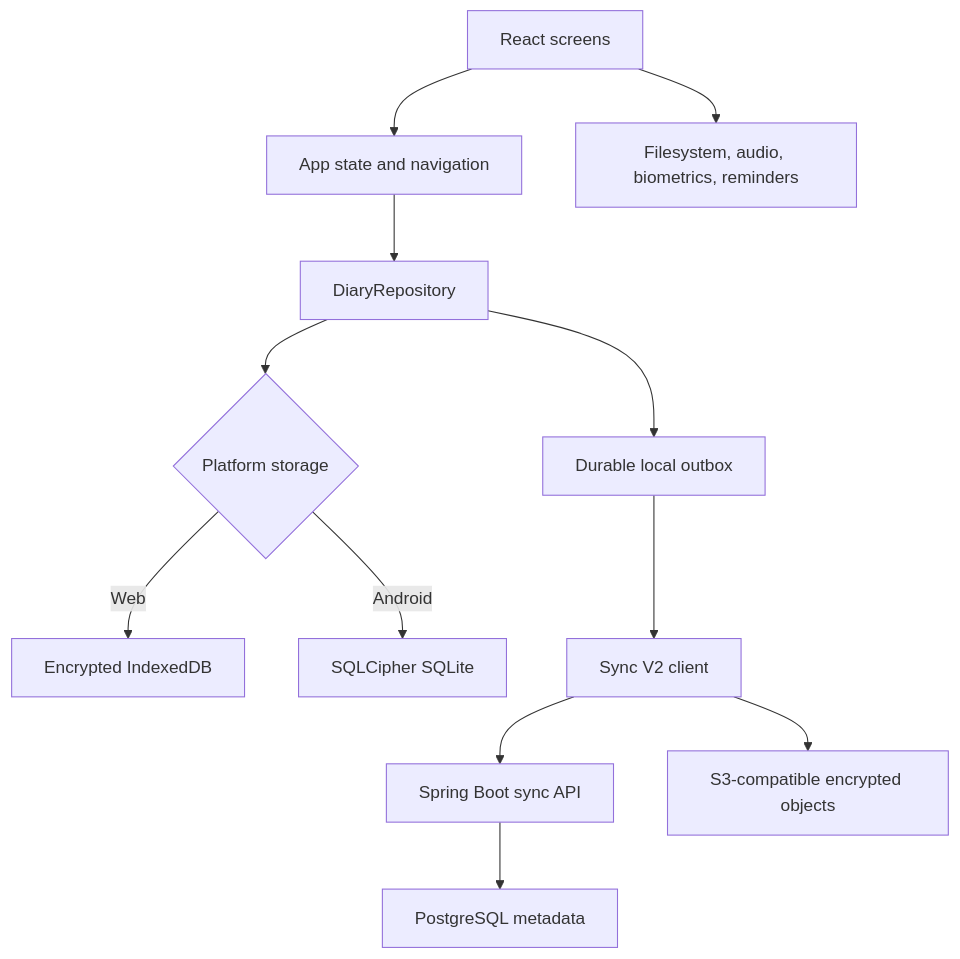
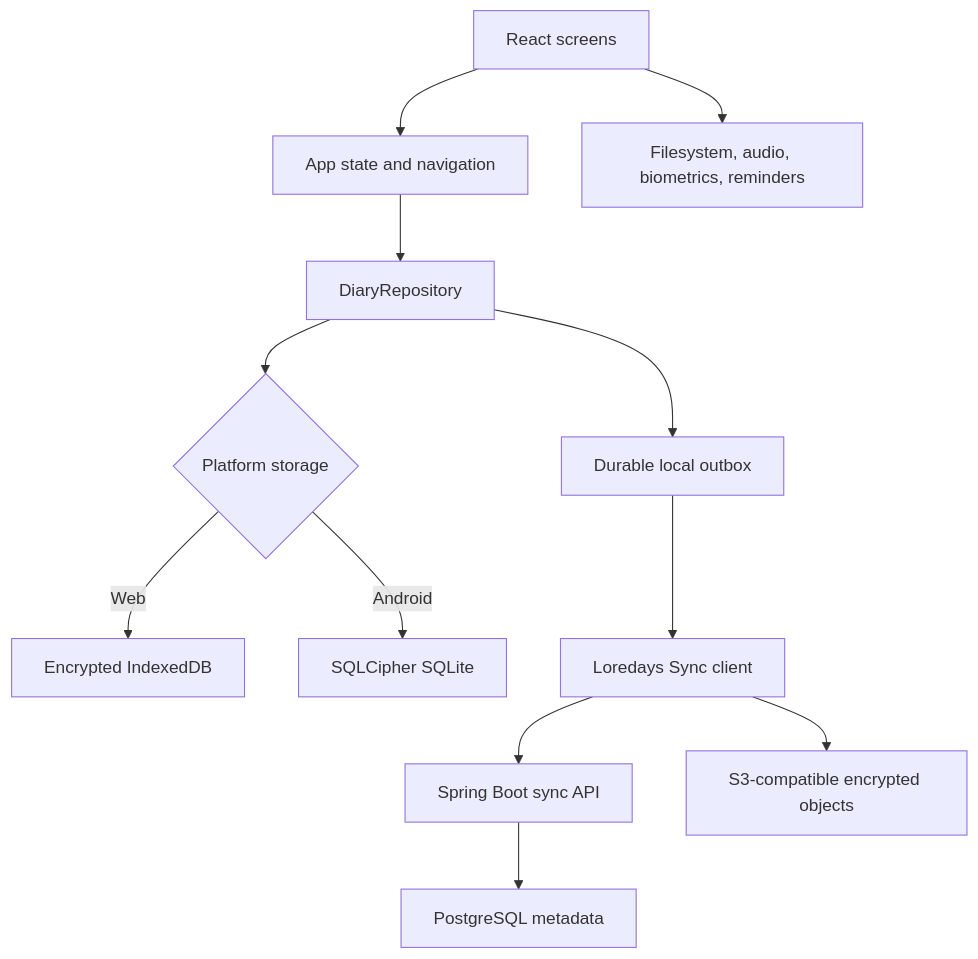
The diagram in readme.md (dsadasivani/dear-diary-web), drawn with Mermaid before and after one commit. The commit also changed other lines of this file and 198 other files, not shown here.

````diff
--- a/readme.md
+++ b/readme.md
@@ -23,14 +23,14 @@
 ```mermaid
 flowchart TD
     UI[React screens] --> APP[App state and navigation]
     APP --> REPO[DiaryRepository]
     REPO --> STORE{Platform storage}
     STORE -->|Web| IDB[Encrypted IndexedDB]
     STORE -->|Android| SQL[SQLCipher SQLite]
     REPO --> OUTBOX[Durable local outbox]
-    OUTBOX --> SYNC[Sync V2 client]
+    OUTBOX --> SYNC[Loredays Sync client]
     SYNC --> API[Spring Boot sync API]
     API --> PG[PostgreSQL metadata]
     SYNC --> OBJECTS[S3-compatible encrypted objects]
     UI --> PLATFORM[Filesystem, audio, biometrics, reminders]
 ```
````
